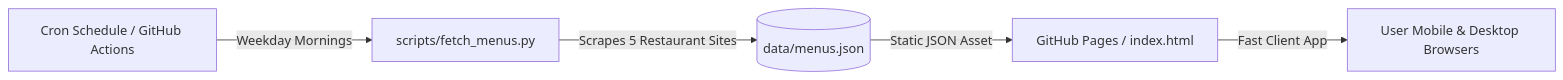
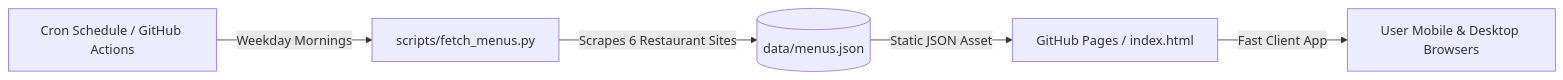
One commit to patrik-eskelinen/lounas-ota-feed changed the diagram in README.md. Above: the diagram before and after it, drawn with Mermaid. The commit also changed other lines of this file and 1 other file, not shown here.

````diff
--- a/README.md
+++ b/README.md
@@ -38,7 +38,7 @@
 ```mermaid
 graph LR
     A[Cron Schedule / GitHub Actions] -->|Weekday Mornings| B[scripts/fetch_menus.py]
-    B -->|Scrapes 5 Restaurant Sites| C[(data/menus.json)]
+    B -->|Scrapes 6 Restaurant Sites| C[(data/menus.json)]
     C -->|Static JSON Asset| D[GitHub Pages / index.html]
     D -->|Fast Client App| E[User Mobile & Desktop Browsers]
 ```
````
